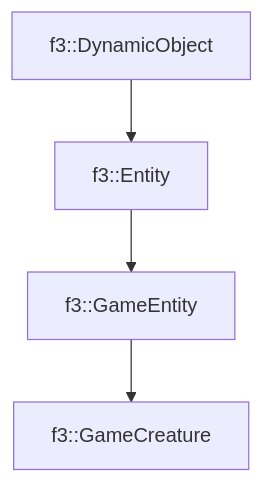
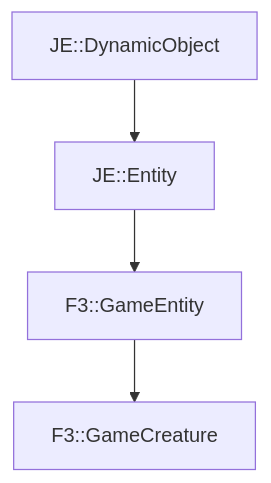
Before and after one commit to OpenJE/openvb: the diagram in docs/f3/GameCreature.md, drawn with Mermaid. The commit also changed other lines of this file and 1399 other files, not shown here.

````diff
--- a/docs/f3/GameCreature.md
+++ b/docs/f3/GameCreature.md
@@ -18,6 +18,6 @@
 ```mermaid
 graph TD;
-    f3::DynamicObject --> f3::Entity
-    f3::Entity --> f3::GameEntity
-    f3::GameEntity --> f3::GameCreature
+    JE::DynamicObject --> JE::Entity
+    JE::Entity --> F3::GameEntity
+    F3::GameEntity --> F3::GameCreature
 ```
````
